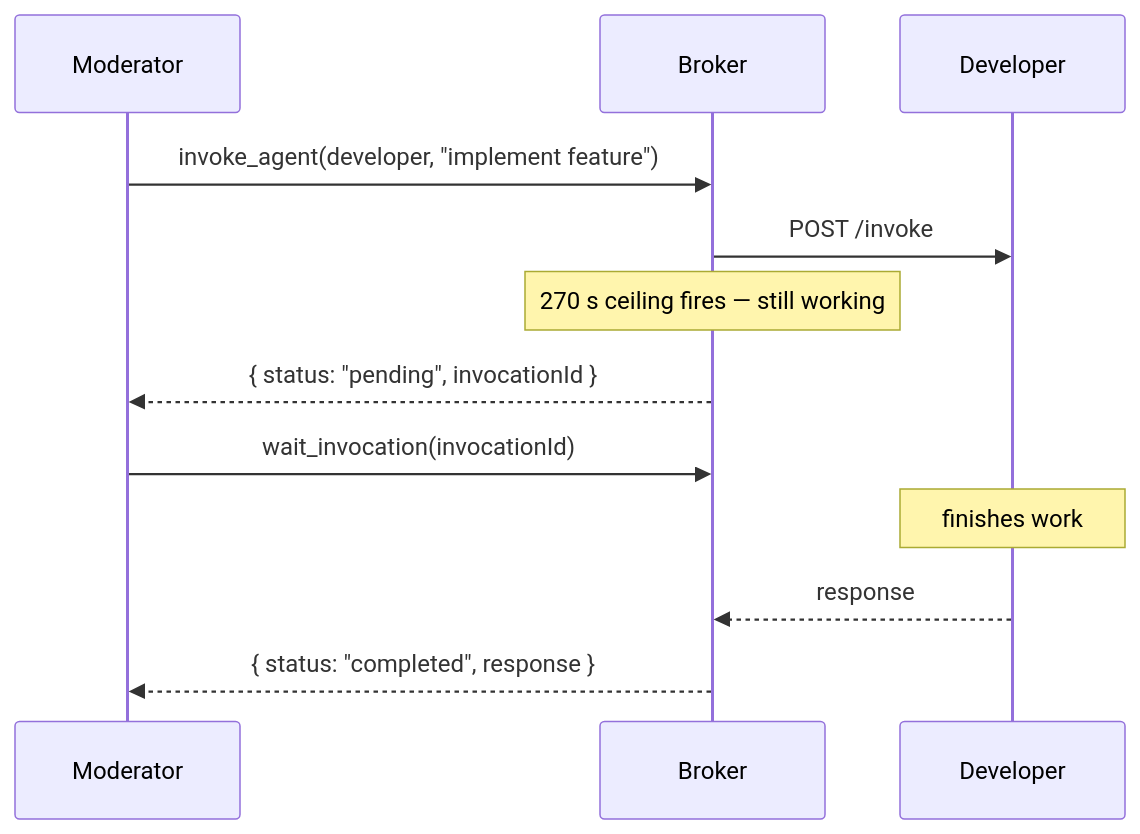
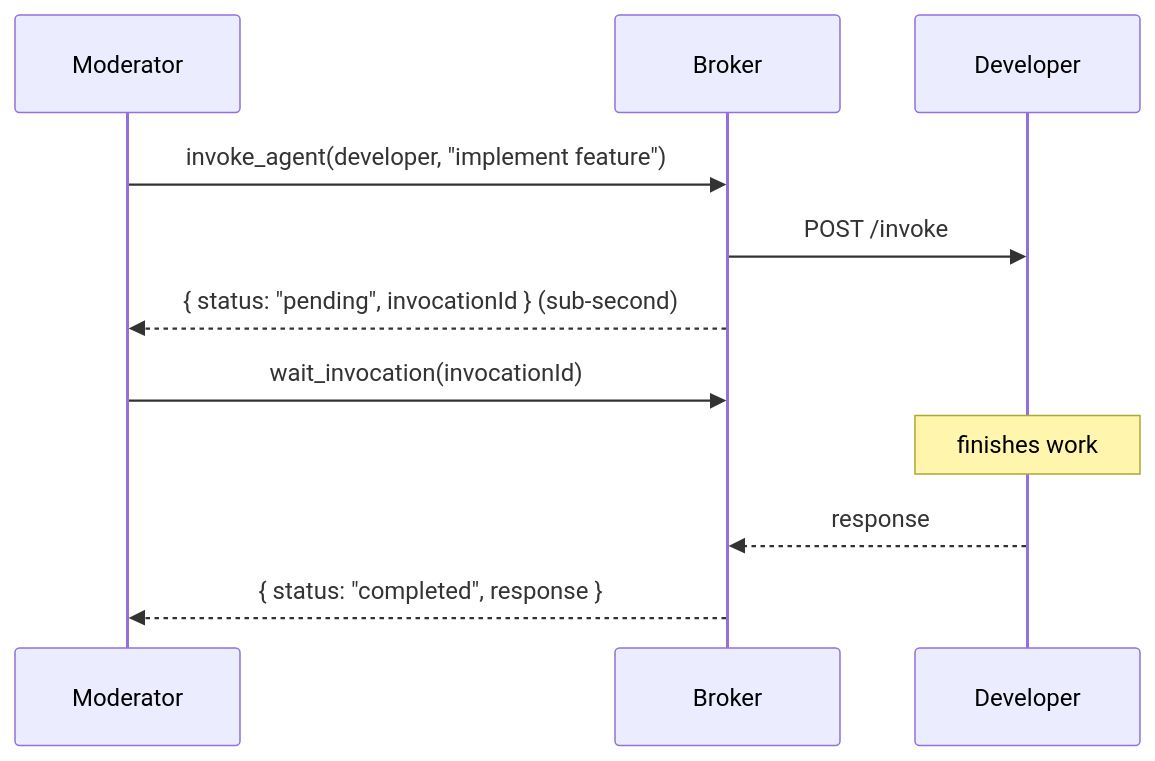
Before and after one commit to ia64mail/quorum: the seventh of 8 diagrams in docs/agent-messaging.md, drawn with Mermaid. The commit also changed other lines of this file and 7 other files, not shown here.

````diff
--- a/docs/agent-messaging.md
+++ b/docs/agent-messaging.md
@@ -180,14 +180,13 @@
 ```mermaid
 sequenceDiagram
     participant Mod as Moderator
     participant B as Broker
     participant Dev as Developer
     Mod->>B: invoke_agent(developer, "implement feature")
     B->>Dev: POST /invoke
-    Note over B: 270 s ceiling fires — still working
-    B-->>Mod: { status: "pending", invocationId }
+    B-->>Mod: { status: "pending", invocationId } (sub-second)
     Mod->>B: wait_invocation(invocationId)
     Note over Dev: finishes work
     Dev-->>B: response
     B-->>Mod: { status: "completed", response }
 ```
````
